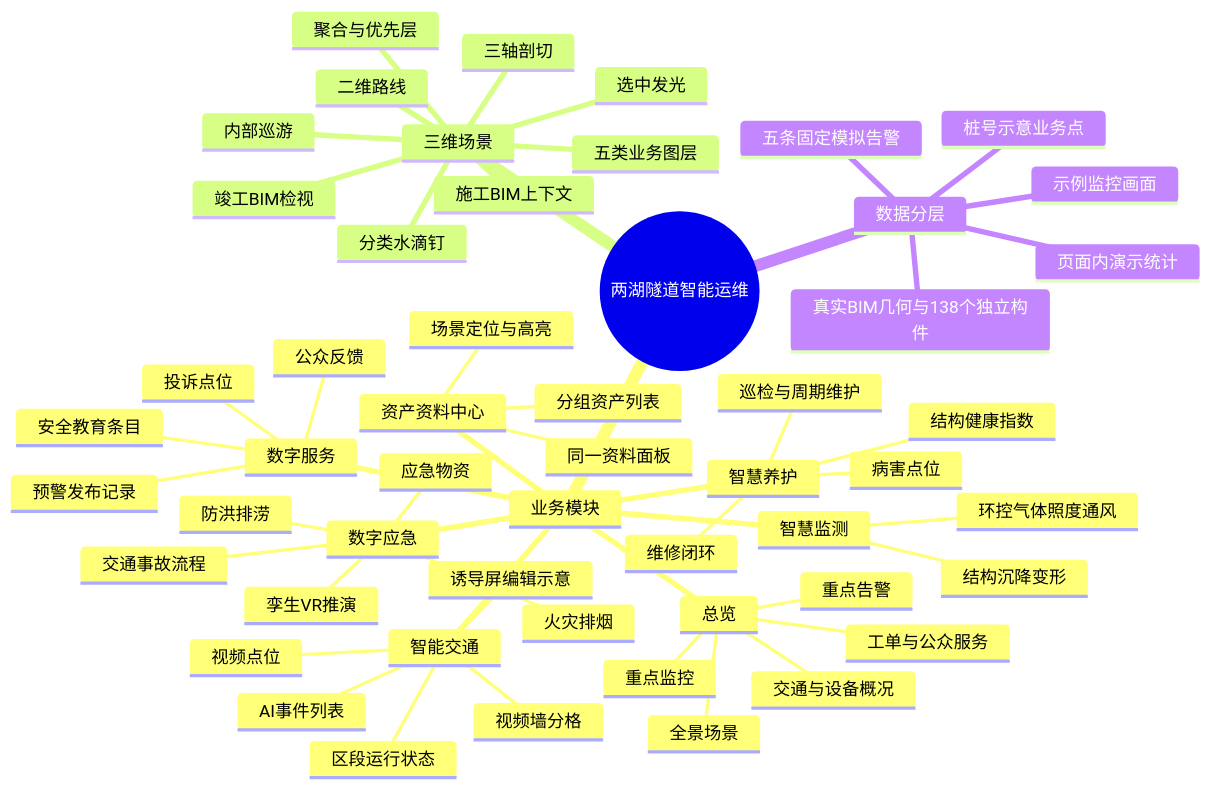
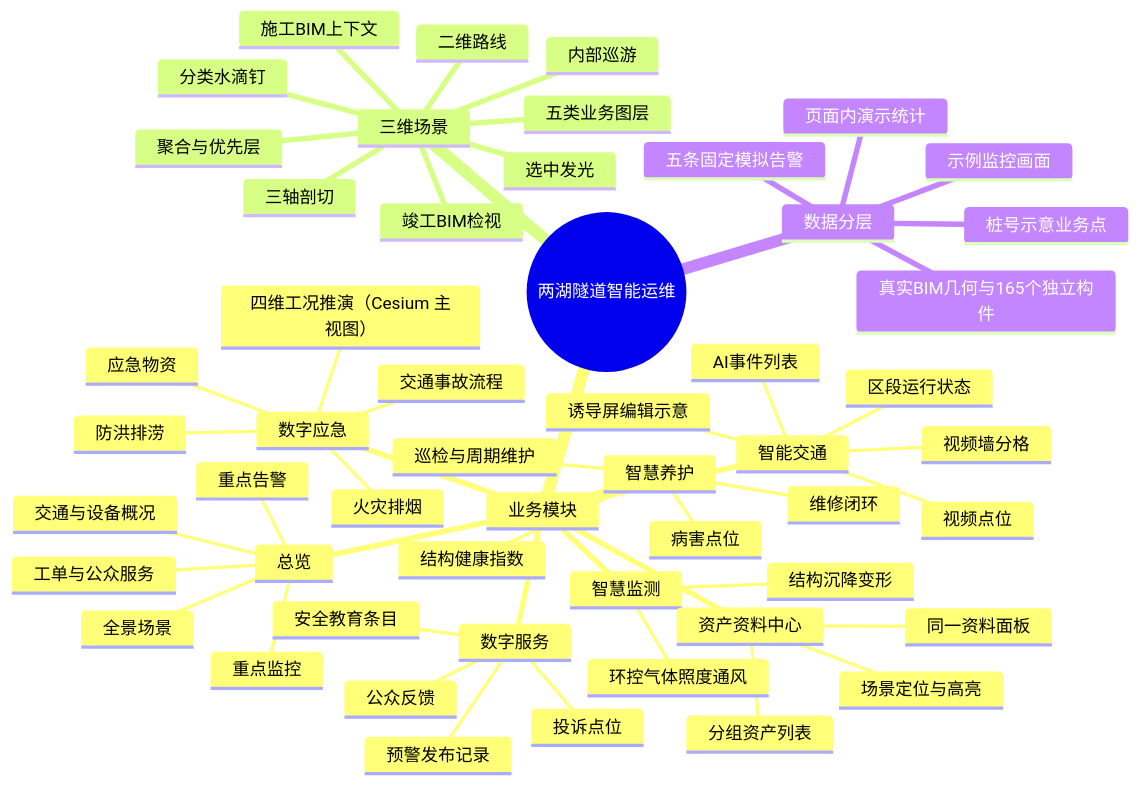
The first of 3 diagrams in docs/交付/02-产品思维导图.md (WangYing156/lianghu-yunwei), drawn with Mermaid before and after one commit. The commit also changed other lines of this file and 22 other files, not shown here.

````diff
--- a/docs/交付/02-产品思维导图.md
+++ b/docs/交付/02-产品思维导图.md
@@ -7,56 +7,56 @@
 ```mermaid
 mindmap
   root((两湖隧道智能运维))
     业务模块
       总览
         全景场景
         重点告警
         交通与设备概况
         重点监控
         工单与公众服务
       智能交通
         视频点位
         视频墙分格
         AI事件列表
         区段运行状态
         诱导屏编辑示意
       智慧养护
         病害点位
         维修闭环
         结构健康指数
         巡检与周期维护
       智慧监测
         环控气体照度通风
         结构沉降变形
       数字应急
         火灾排烟
         防洪排涝
         交通事故流程
         应急物资
-        孪生VR推演
+        四维工况推演（Cesium 主视图）
       数字服务
         投诉点位
         公众反馈
         预警发布记录
         安全教育条目
       资产资料中心
         分组资产列表
         同一资料面板
         场景定位与高亮
     三维场景
       施工BIM上下文
       竣工BIM检视
       五类业务图层
       分类水滴钉
       聚合与优先层
       三轴剖切
       内部巡游
       二维路线
       选中发光
     数据分层
-      真实BIM几何与138个独立构件
+      真实BIM几何与165个独立构件
       桩号示意业务点
       五条固定模拟告警
       页面内演示统计
       示例监控画面
 ```
````
